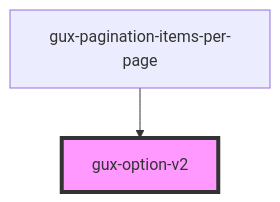
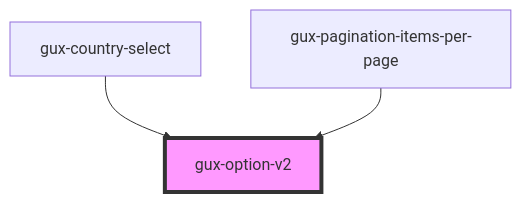
One commit to MyPureCloud/genesys-spark changed the diagram in src/components/beta/gux-listbox/gux-option-v2/readme.md. Above: the diagram before and after it, drawn with Mermaid. The commit also changed other lines of this file and 14 other files, not shown here.

````diff
--- a/src/components/beta/gux-listbox/gux-option-v2/readme.md
+++ b/src/components/beta/gux-listbox/gux-option-v2/readme.md
@@ -25,5 +26,6 @@
 ```mermaid
 graph TD;
+  gux-country-select --> gux-option-v2
   gux-pagination-items-per-page --> gux-option-v2
   style gux-option-v2 fill:#f9f,stroke:#333,stroke-width:4px
 ```
````
